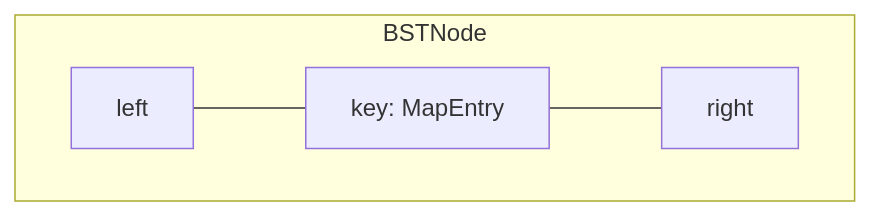
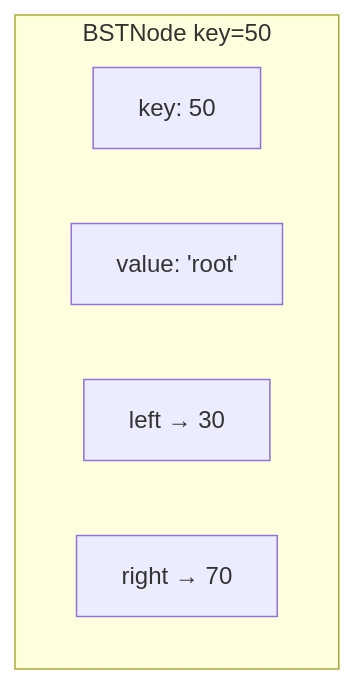
The second of 5 diagrams in docs/dsa/data-structures/binary-search-tree/index.md (qgjones9/python-programming-guide), drawn with Mermaid before and after one commit. The commit also changed other lines of this file and 2 other files, not shown here.

````diff
--- a/docs/dsa/data-structures/binary-search-tree/index.md
+++ b/docs/dsa/data-structures/binary-search-tree/index.md
@@ -105,10 +66,9 @@
 ```mermaid
 flowchart TB
- subgraph node["BSTNode"]
- K["key: MapEntry"]
- L["left"]
- R["right"]
- end
- L --- K
- K --- R
+  subgraph node["BSTNode key=50"]
+    K["key: 50"]
+    V["value: 'root'"]
+    L["left → 30"]
+    R["right → 70"]
+  end
 ```
````
